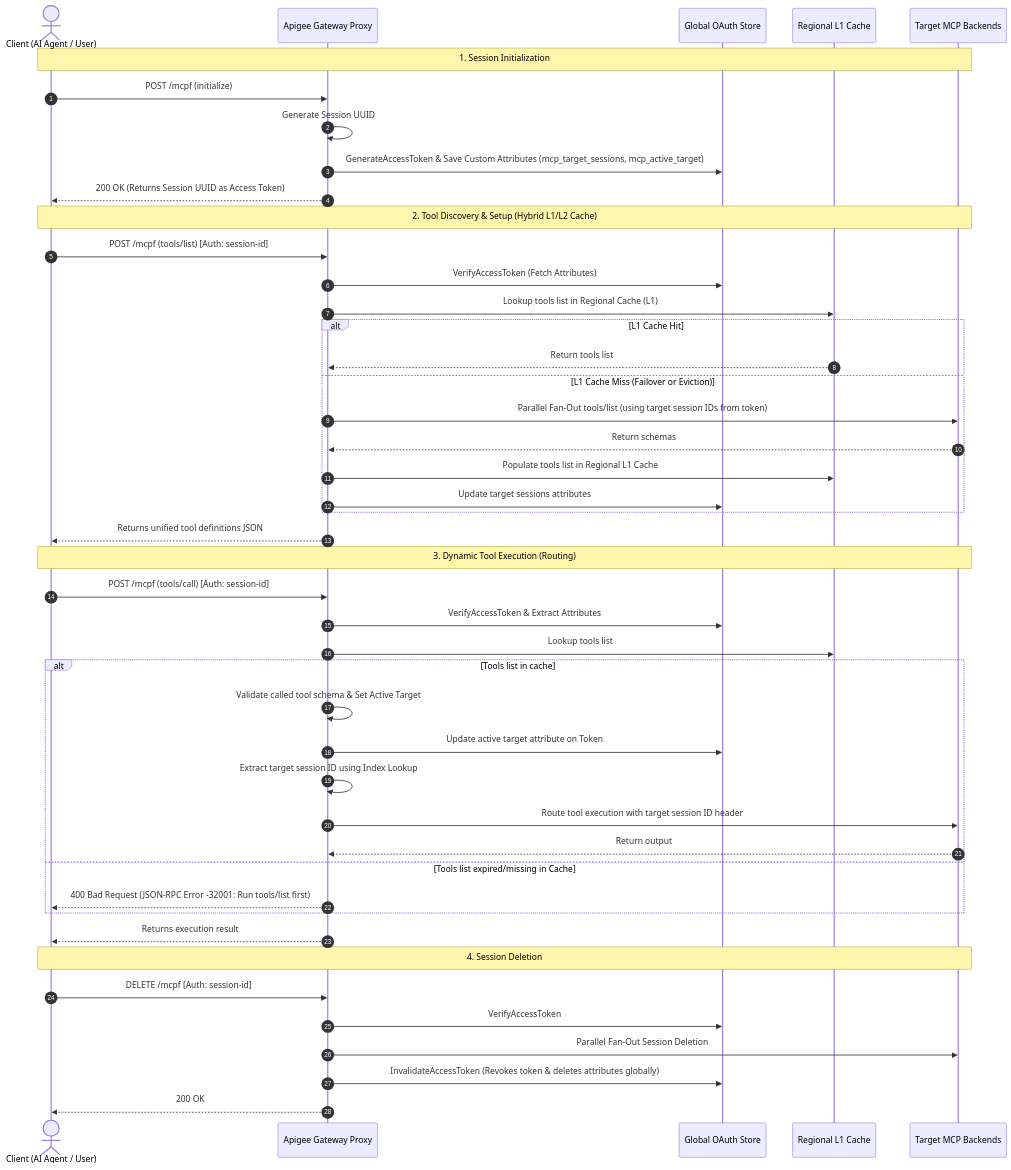
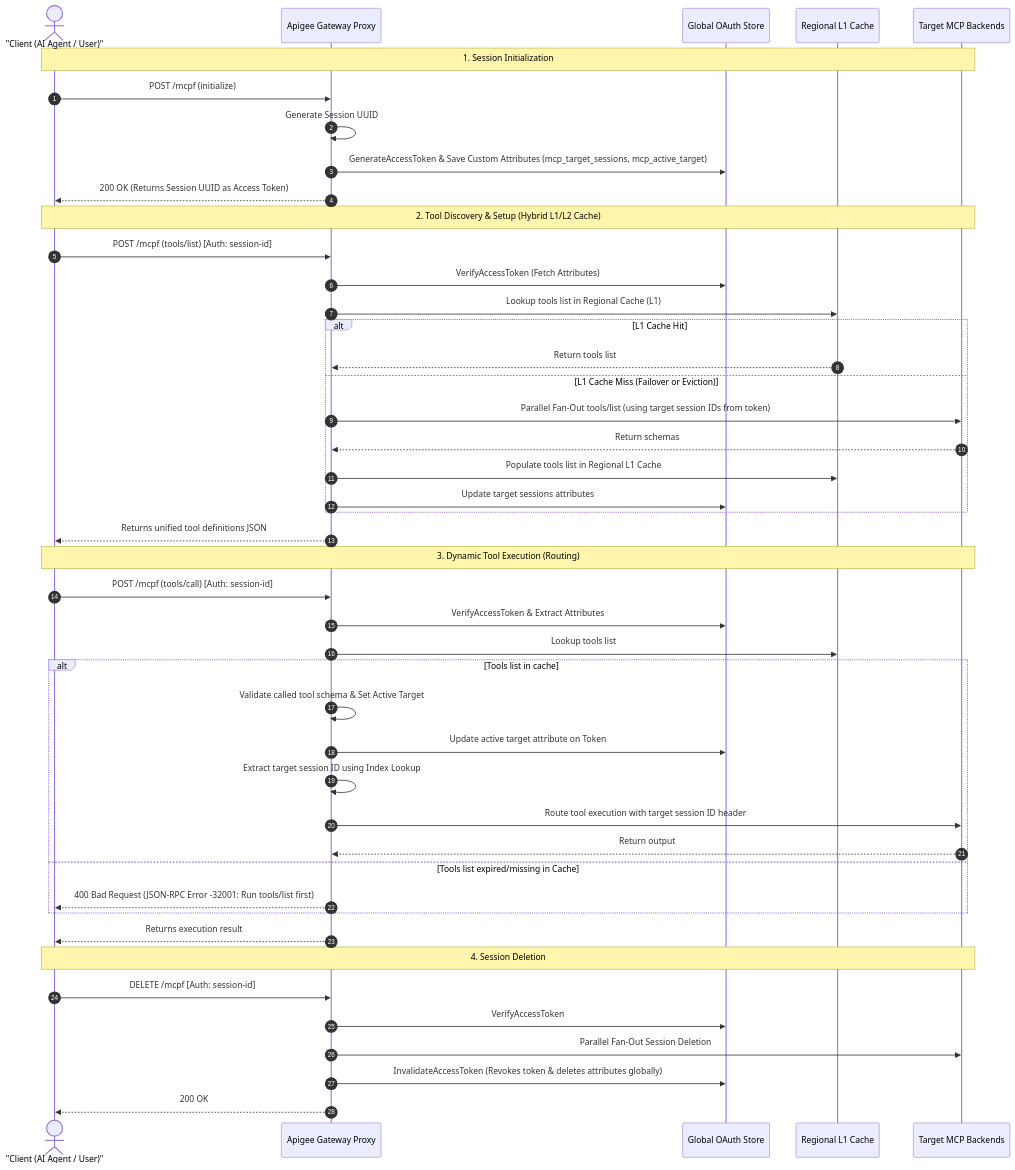
Before and after one commit to ra2085/apigee-elicitation: the second of 2 diagrams in README.md, drawn with Mermaid. The commit also changed other lines of this file, not shown here.

Commit message:
docs: wrap diagram labels containing special characters in quotes to fix rendering

````diff
--- a/README.md
+++ b/README.md
@@ -84,51 +84,51 @@
 ```mermaid
 sequenceDiagram
     autonumber
-    actor Client as Client (AI Agent / User)
+    actor Client as "Client (AI Agent / User)"
     participant Proxy as Apigee Gateway Proxy
     participant OAuth as Global OAuth Store
     participant Cache as Regional L1 Cache
     participant Backends as Target MCP Backends
 
     Note over Client,Backends: 1. Session Initialization
     Client->>Proxy: POST /mcpf (initialize)
     Proxy->>Proxy: Generate Session UUID
     Proxy->>OAuth: GenerateAccessToken & Save Custom Attributes (mcp_target_sessions, mcp_active_target)
     Proxy-->>Client: 200 OK (Returns Session UUID as Access Token)
 
     Note over Client,Backends: 2. Tool Discovery & Setup (Hybrid L1/L2 Cache)
     Client->>Proxy: POST /mcpf (tools/list) [Auth: session-id]
     Proxy->>OAuth: VerifyAccessToken (Fetch Attributes)
     Proxy->>Cache: Lookup tools list in Regional Cache (L1)
     alt L1 Cache Hit
         Cache-->>Proxy: Return tools list
     else L1 Cache Miss (Failover or Eviction)
         Proxy->>Backends: Parallel Fan-Out tools/list (using target session IDs from token)
         Backends-->>Proxy: Return schemas
         Proxy->>Cache: Populate tools list in Regional L1 Cache
         Proxy->>OAuth: Update target sessions attributes
     end
     Proxy-->>Client: Returns unified tool definitions JSON
 
     Note over Client,Backends: 3. Dynamic Tool Execution (Routing)
     Client->>Proxy: POST /mcpf (tools/call) [Auth: session-id]
     Proxy->>OAuth: VerifyAccessToken & Extract Attributes
     Proxy->>Cache: Lookup tools list
     alt Tools list in cache
         Proxy->>Proxy: Validate called tool schema & Set Active Target
         Proxy->>OAuth: Update active target attribute on Token
         Proxy->>Proxy: Extract target session ID using Index Lookup
         Proxy->>Backends: Route tool execution with target session ID header
         Backends-->>Proxy: Return output
     else Tools list expired/missing in Cache
         Proxy-->>Client: 400 Bad Request (JSON-RPC Error -32001: Run tools/list first)
     end
     Proxy-->>Client: Returns execution result
 
     Note over Client,Backends: 4. Session Deletion
     Client->>Proxy: DELETE /mcpf [Auth: session-id]
     Proxy->>OAuth: VerifyAccessToken
     Proxy->>Backends: Parallel Fan-Out Session Deletion
     Proxy->>OAuth: InvalidateAccessToken (Revokes token & deletes attributes globally)
     Proxy-->>Client: 200 OK
 ```
````
